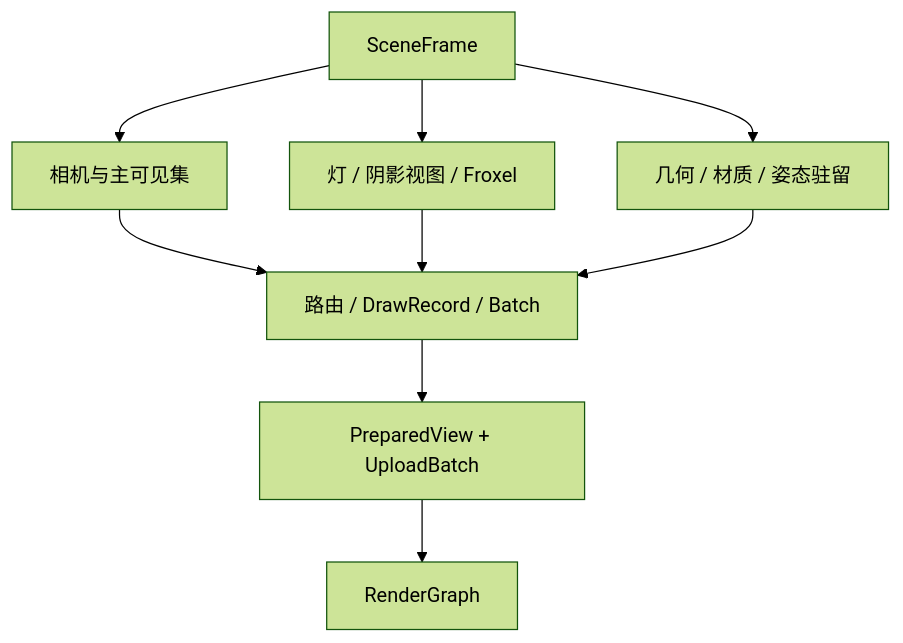
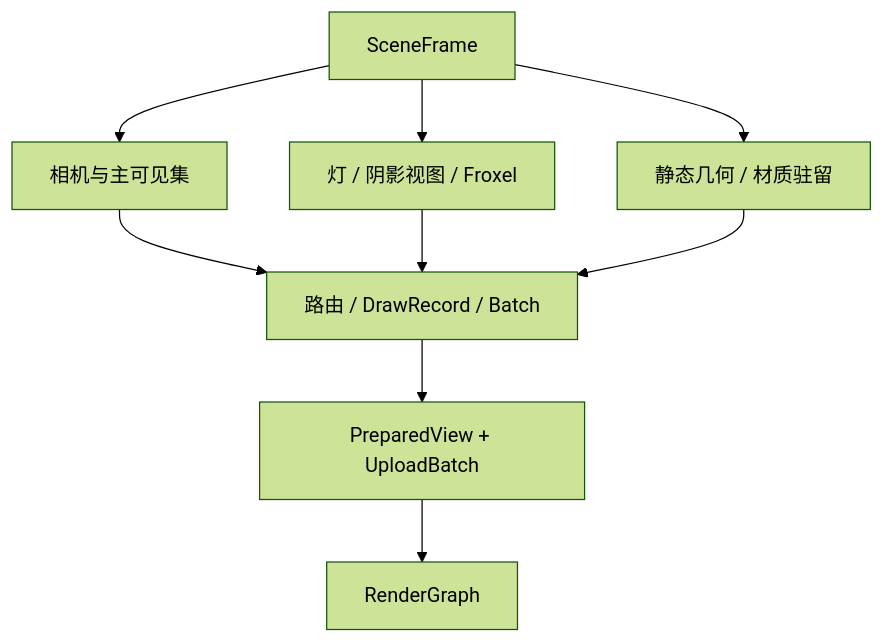
Before and after one commit to BigBlack7/Physara: the second of 5 diagrams in Docs/Architecture.md, drawn with Mermaid (forest theme). The commit also changed other lines of this file and 624 other files, not shown here.

````diff
--- a/Docs/Architecture.md
+++ b/Docs/Architecture.md
@@ -1233,11 +1324,11 @@
 ```mermaid
 flowchart TD
     S["SceneFrame"] --> C["相机与主可见集"]
     S --> L["灯 / 阴影视图 / Froxel"]
-    S --> D["几何 / 材质 / 姿态驻留"]
+    S --> D["静态几何 / 材质驻留"]
     C --> B["路由 / DrawRecord / Batch"]
     L --> B
     D --> B
     B --> O["PreparedView + UploadBatch"]
     O --> G["RenderGraph"]
 ```
````
